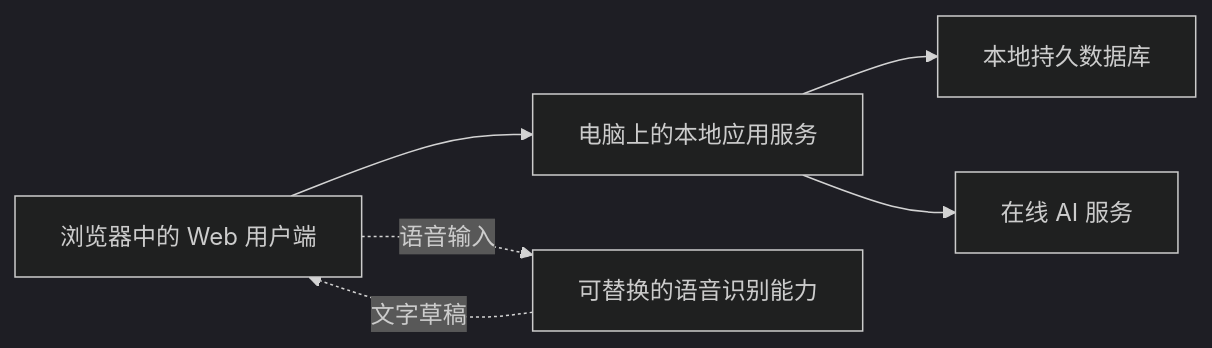
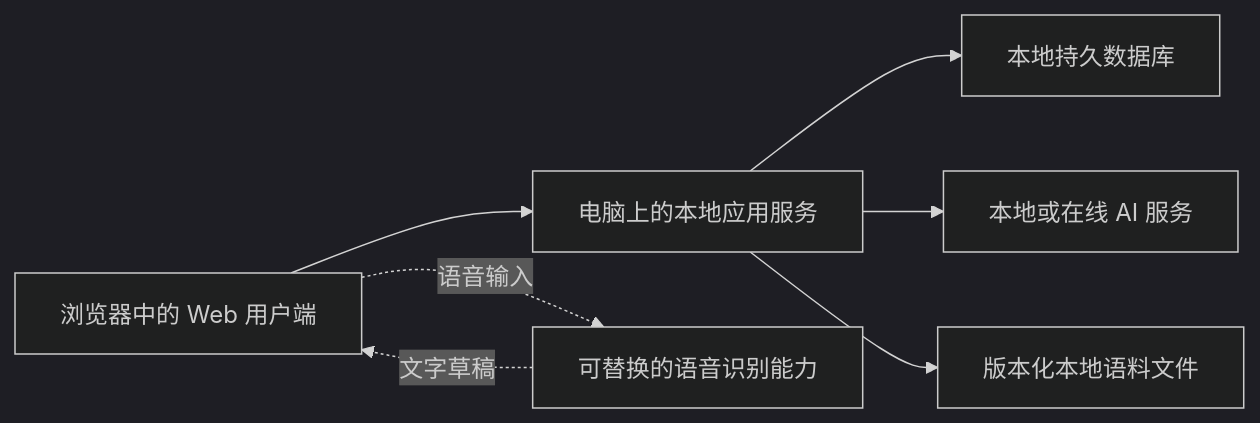
One commit to qinzhe0815/daily-sentences changed the second of 2 diagrams in PRD.md. Above: the diagram before and after it, drawn with Mermaid (dark theme). The commit also changed other lines of this file and 74 other files, not shown here.

````diff
--- a/PRD.md
+++ b/PRD.md
@@ -433,8 +452,9 @@
 ```mermaid
 flowchart LR
     A[浏览器中的 Web 用户端] --> B[电脑上的本地应用服务]
     B --> C[本地持久数据库]
-    B --> D[在线 AI 服务]
+    B --> D[本地或在线 AI 服务]
+    B --> F[版本化本地语料文件]
     A -.语音输入.-> E[可替换的语音识别能力]
     E -.文字草稿.-> A
 ```
````
